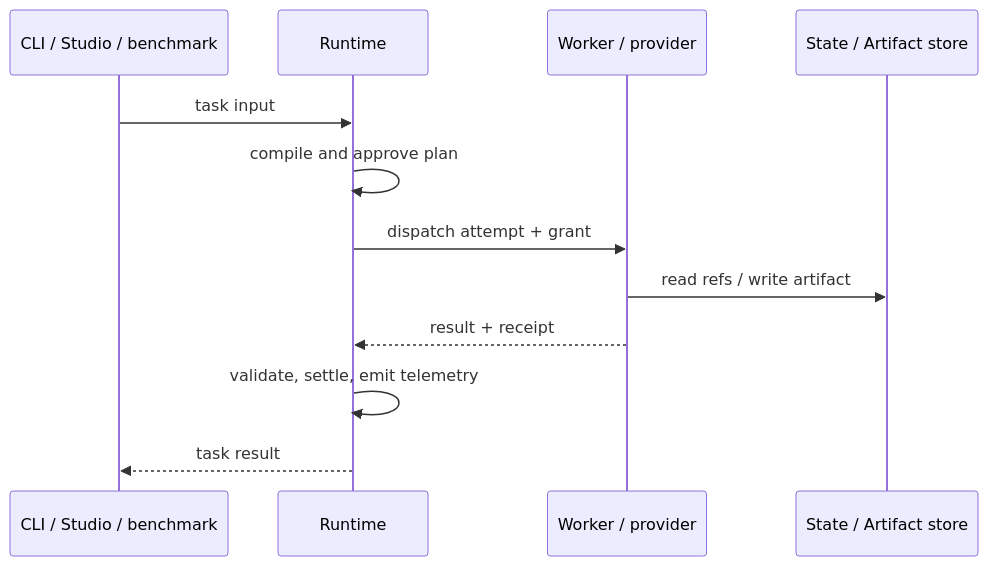
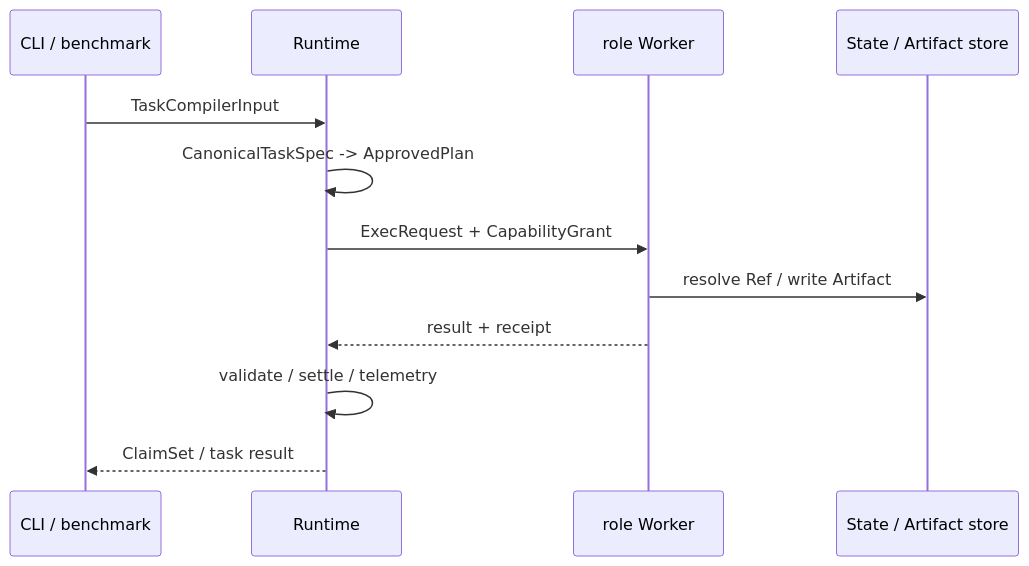
The diagram in docs/implementation/README.md (qcrs/os), drawn with Mermaid before and after one commit. The commit also changed other lines of this file and 113 other files, not shown here.

````diff
--- a/docs/implementation/README.md
+++ b/docs/implementation/README.md
@@ -9,14 +9,14 @@
 ```mermaid
 sequenceDiagram
-    participant I as CLI / Studio / benchmark
+    participant I as CLI / benchmark
     participant R as Runtime
-    participant W as Worker / provider
+    participant W as role Worker
     participant S as State / Artifact store
-    I->>R: task input
-    R->>R: compile and approve plan
-    R->>W: dispatch attempt + grant
-    W->>S: read refs / write artifact
+    I->>R: TaskCompilerInput
+    R->>R: CanonicalTaskSpec -> ApprovedPlan
+    R->>W: ExecRequest + CapabilityGrant
+    W->>S: resolve Ref / write Artifact
     W-->>R: result + receipt
-    R->>R: validate, settle, emit telemetry
-    R-->>I: task result
+    R->>R: validate / settle / telemetry
+    R-->>I: ClaimSet / task result
 ```
````
